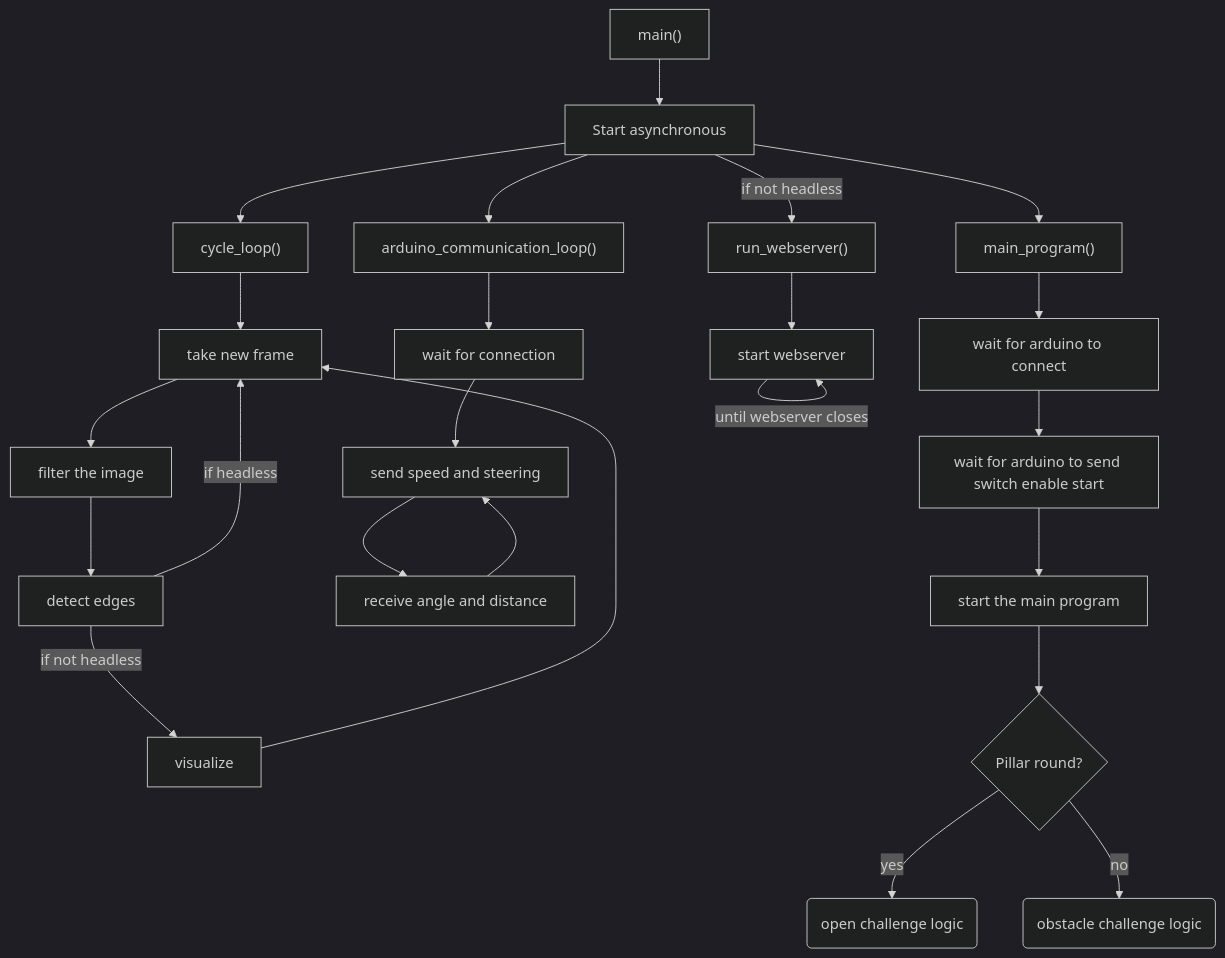
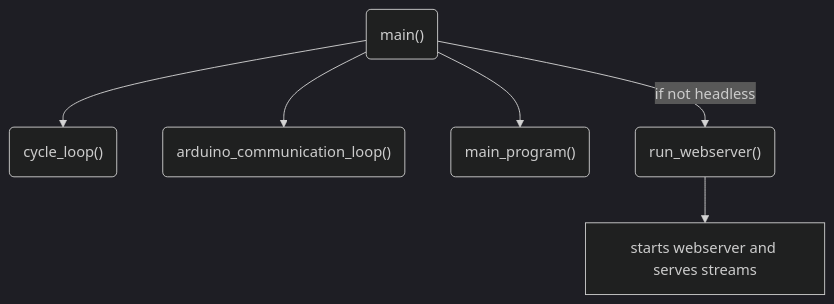
The first of 6 diagrams in README.md (flawil-beavers/Future-Engineers_2025), drawn with Mermaid (dark theme) before and after one commit. The commit also changed other lines of this file and 1 other file, not shown here.

Commit message:
Adjust Obstacle Management to reflect current program logic

````diff
--- a/README.md
+++ b/README.md
@@ -275,30 +279,29 @@
 ```mermaid
 flowchart TD
-    main["main()"] --> async["Start asynchronous"]
-    async --> cycle["cycle_loop()"]
-    async --> arduino["arduino_communication_loop()"]
-    async --> main_program["main_program()"]
-    async --> |if not headless| webserver["run_webserver()"]
+    main("main()")
+    main --> cycle("cycle_loop()")
+    main --> arduino("arduino_communication_loop()")
+    main --> main_program("main_program()")
+    main --> |if not headless| webserver("run_webserver()")
 
-    cycle --> process["take new frame"]
-    process --> filter["filter the image"]
-    filter --> edges["detect edges"]
-    edges --> |if not headless| viz["visualize"]
-    edges --> |if headless| process
-    viz --> process
+    %% cycle --> process["take new frame"]
+    %% process --> filter["filter the image"]
+    %% filter --> edges["detect edges"]
+    %% edges --> |if not headless| viz["visualize"]
+    %% edges --> |if headless| process
+    %% viz --> process
 
-    arduino --> waitcon["wait for connection"]
-    waitcon --> arduino_connection["send speed and steering"]
-    arduino_connection --> arduino_receive["receive angle and distance"]
-    arduino_receive --> arduino_connection
+    %% arduino --> waitcon["wait for connection"]
+    %% waitcon --> arduino_connection["send speed and steering"]
+    %% arduino_connection --> arduino_receive["receive angle and distance"]
+    %% arduino_receive --> arduino_connection
 
-    main_program --> wait["wait for arduino to connect"]
-    wait --> wait2["wait for arduino to send switch enable start"]
-    wait2 --> mainprog["start the main program"]
-    mainprog --> pillar{Pillar round?}
-    pillar --> |yes| pillary(open challenge logic)
-    pillar --> |no| pillarn(obstacle challenge logic)
+    %% main_program --> wait["wait for arduino to connect"]
+    %% wait --> wait2["wait for arduino to send switch enable start"]
+    %% wait2 --> mainprog["start the main program"]
+    %% mainprog --> pillar{Pillar round?}
+    %% pillar --> |yes| pillary(open challenge logic)
+    %% pillar --> |no| pillarn(obstacle challenge logic)
 
-    webserver --> web["start webserver"]
-    web --> |until webserver closes| web
+    webserver --> web["starts webserver and serves streams"]
 ```
````
